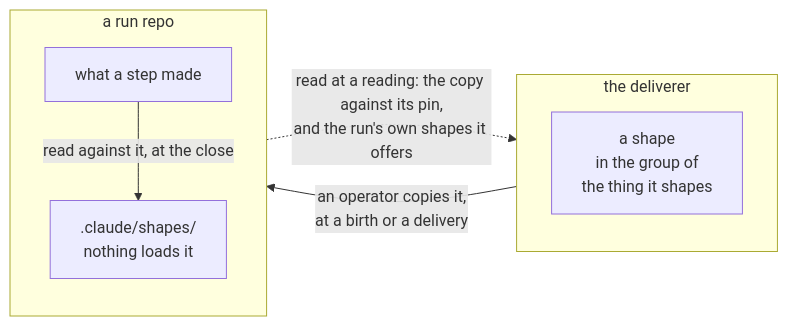
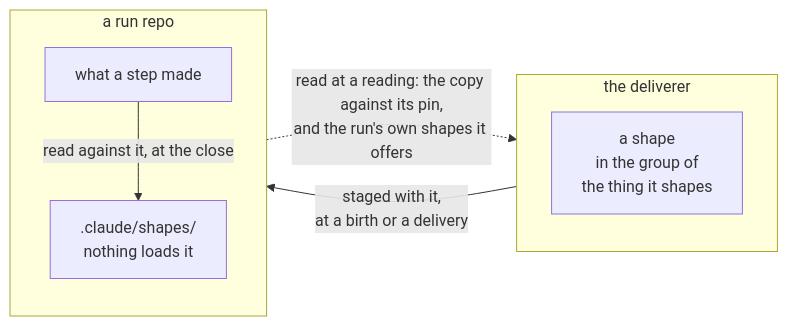
The first of 2 diagrams in docs/conventions/shapes/README.md (edgaras87/correctness-by-construction), drawn with Mermaid before and after one commit. The commit also changed other lines of this file and 6 other files, not shown here.

````diff
--- a/docs/conventions/shapes/README.md
+++ b/docs/conventions/shapes/README.md
@@ -211,17 +215,17 @@
 ```mermaid
 flowchart LR
   subgraph HERE["the deliverer"]
     direction TB
     SH["a shape<br/>in the group of<br/>the thing it shapes"]
   end
 
   subgraph RUN["a run repo"]
     direction TB
     MADE["what a step made"]
     SHP[".claude/shapes/<br/>nothing loads it"]
   end
 
-  SH -->|"an operator copies it,<br/>at a birth or a delivery"| SHP
+  SH -->|"staged with it,<br/>at a birth or a delivery"| SHP
   MADE -->|"read against it, at the close"| SHP
   SHP -.->|"read at a reading: the copy against its pin,<br/>and the run's own shapes it offers"| SH
 ```
````
